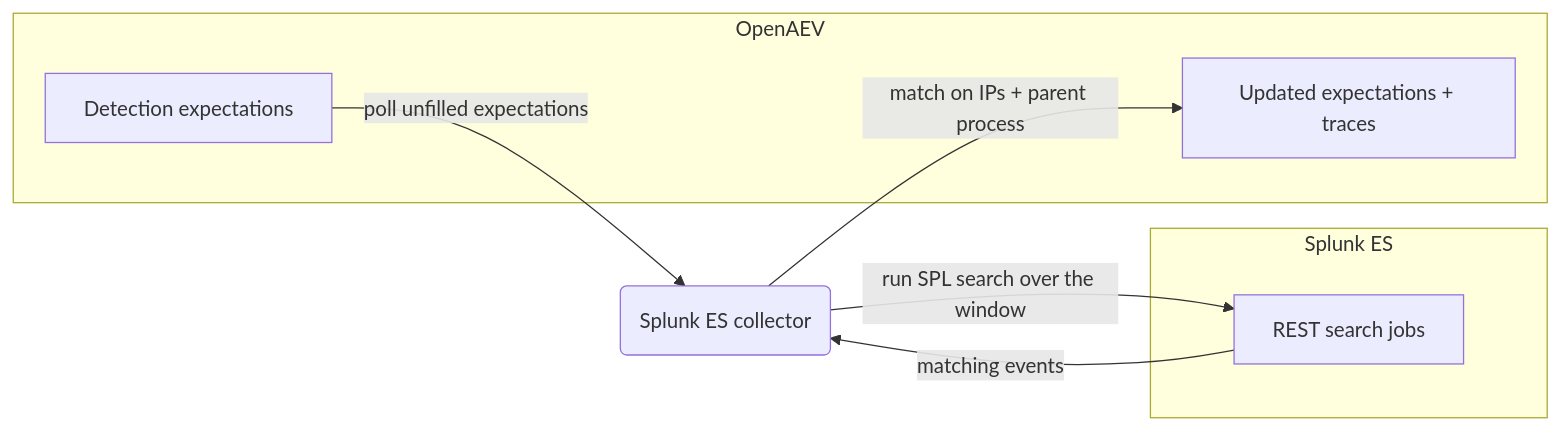
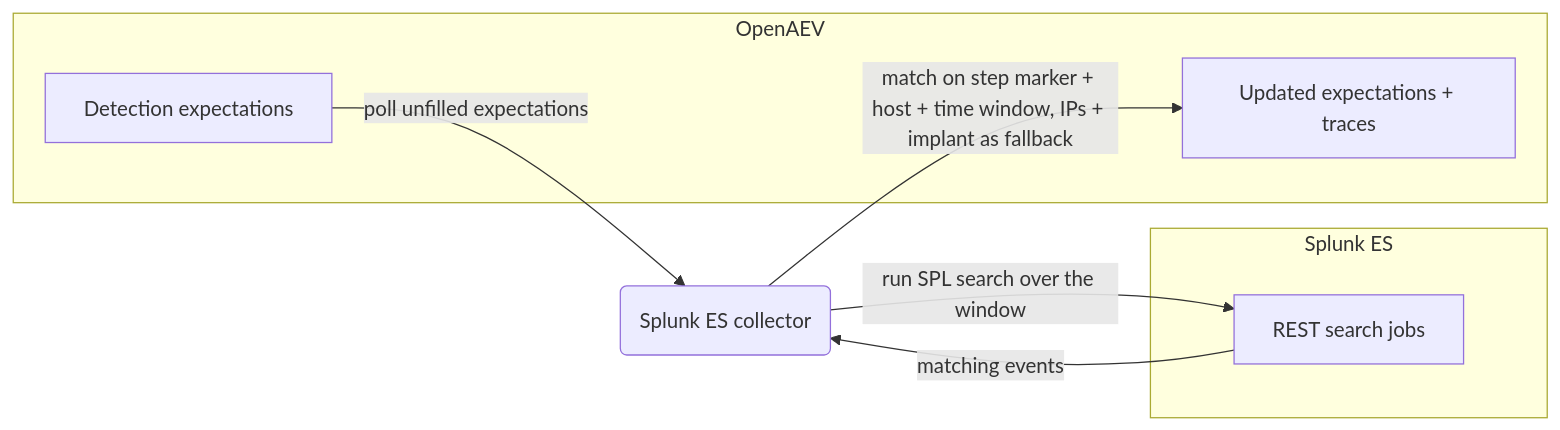
One commit to navivan15/openaev-collectors changed the diagram in splunk-es/README.md. Above: the diagram before and after it, drawn with Mermaid. The commit also changed other lines of this file and 11 other files, not shown here.

````diff
--- a/splunk-es/README.md
+++ b/splunk-es/README.md
@@ -143,15 +154,15 @@
 ```mermaid
 flowchart LR
     subgraph OpenAEV
         E[Detection expectations]
         R[Updated expectations + traces]
     end
     subgraph Splunk ES
         A[REST search jobs]
     end
     C(Splunk ES collector)
     E -->|poll unfilled expectations| C
     C -->|run SPL search over the window| A
     A -->|matching events| C
-    C -->|match on IPs + parent process| R
+    C -->|match on step marker + host + time window, IPs + implant as fallback| R
 ```
````
